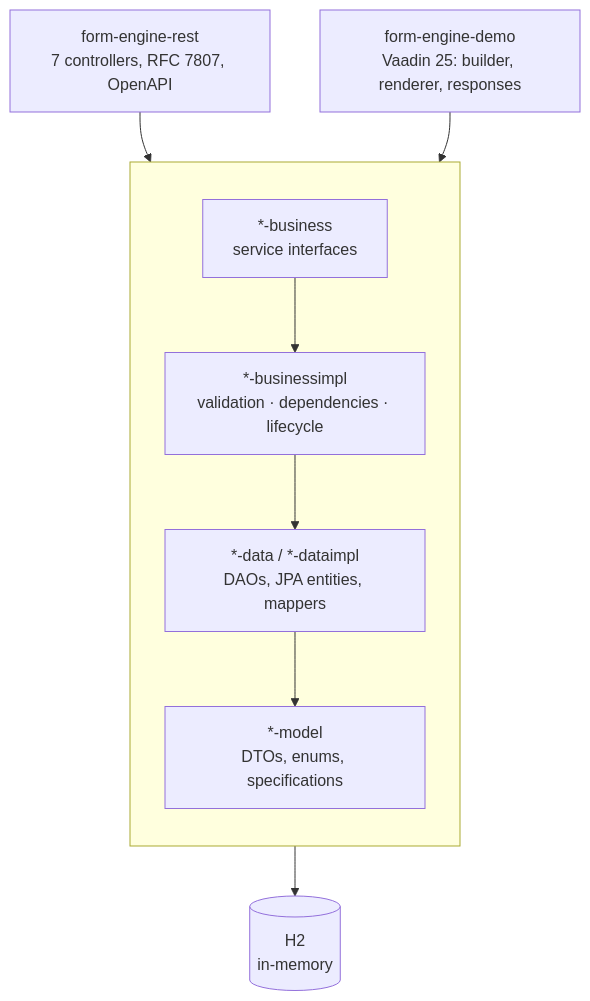
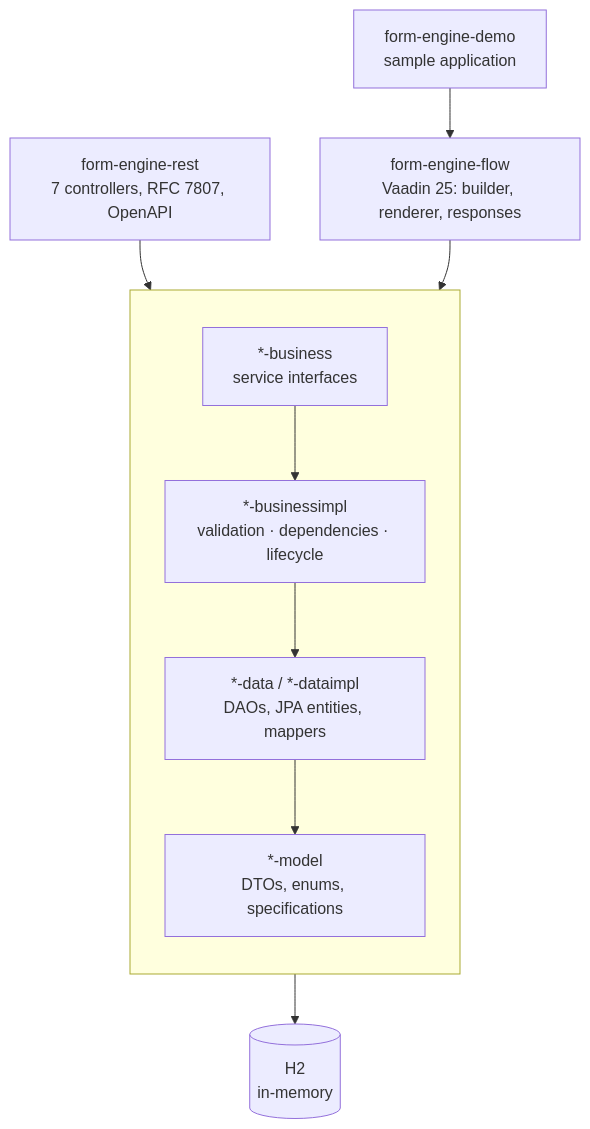
Before and after one commit to Nc707/form-engine: the diagram in README.md, drawn with Mermaid. The commit also changed other lines of this file and 2 other files, not shown here.

Commit message:
docs: describe form-engine-flow as the package to add to an application

````diff
--- a/README.md
+++ b/README.md
@@ -93,19 +94,20 @@
 ```mermaid
 graph TD
     REST["form-engine-rest<br/>7 controllers, RFC 7807, OpenAPI"]
-    UI["form-engine-demo<br/>Vaadin 25: builder, renderer, responses"]
+    DEMO["form-engine-demo<br/>sample application"]
+    FLOW["form-engine-flow<br/>Vaadin 25: builder, renderer, responses"]
     DB[("H2<br/>in-memory")]
 
     subgraph core [" "]
         direction TB
         BIZ["*-business<br/>service interfaces"]
         IMPL["*-businessimpl<br/>validation · dependencies · lifecycle"]
         DATA["*-data / *-dataimpl<br/>DAOs, JPA entities, mappers"]
         MODEL["*-model<br/>DTOs, enums, specifications"]
         BIZ --> IMPL --> DATA --> MODEL
     end
 
     REST --> BIZ
-    UI --> BIZ
+    DEMO --> FLOW --> BIZ
     DATA --> DB
 ```
````
